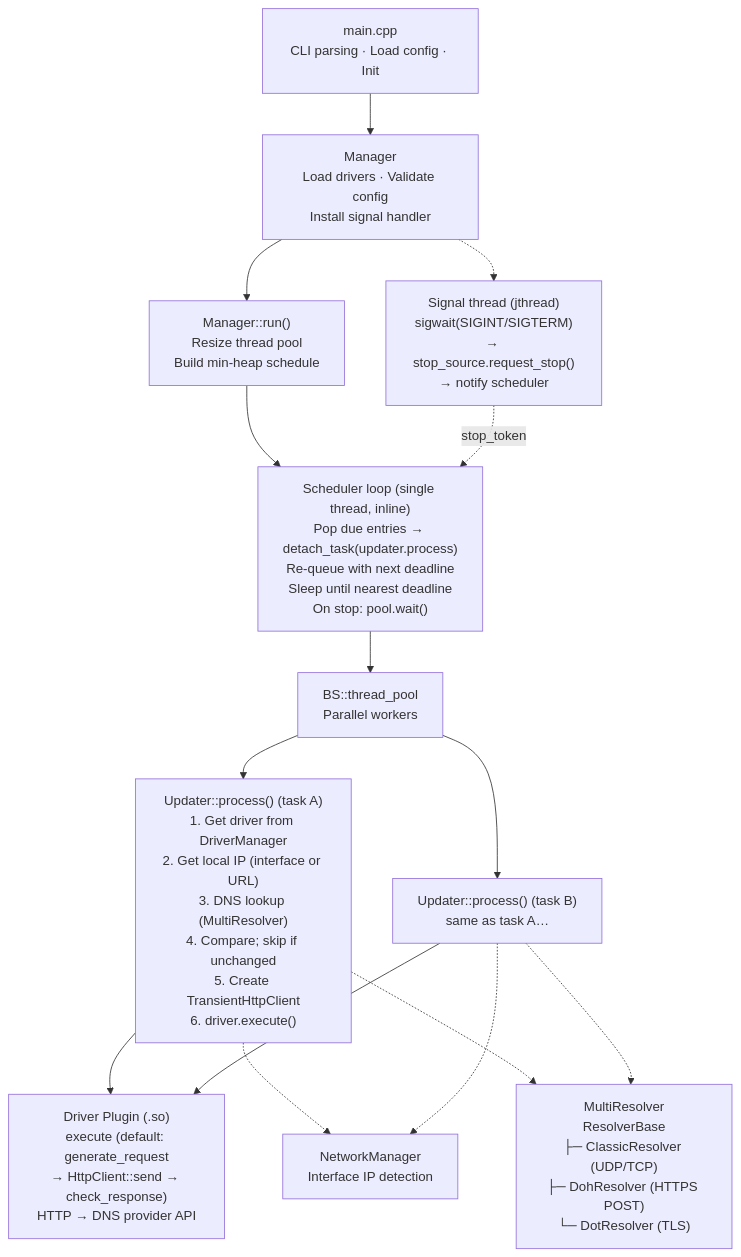
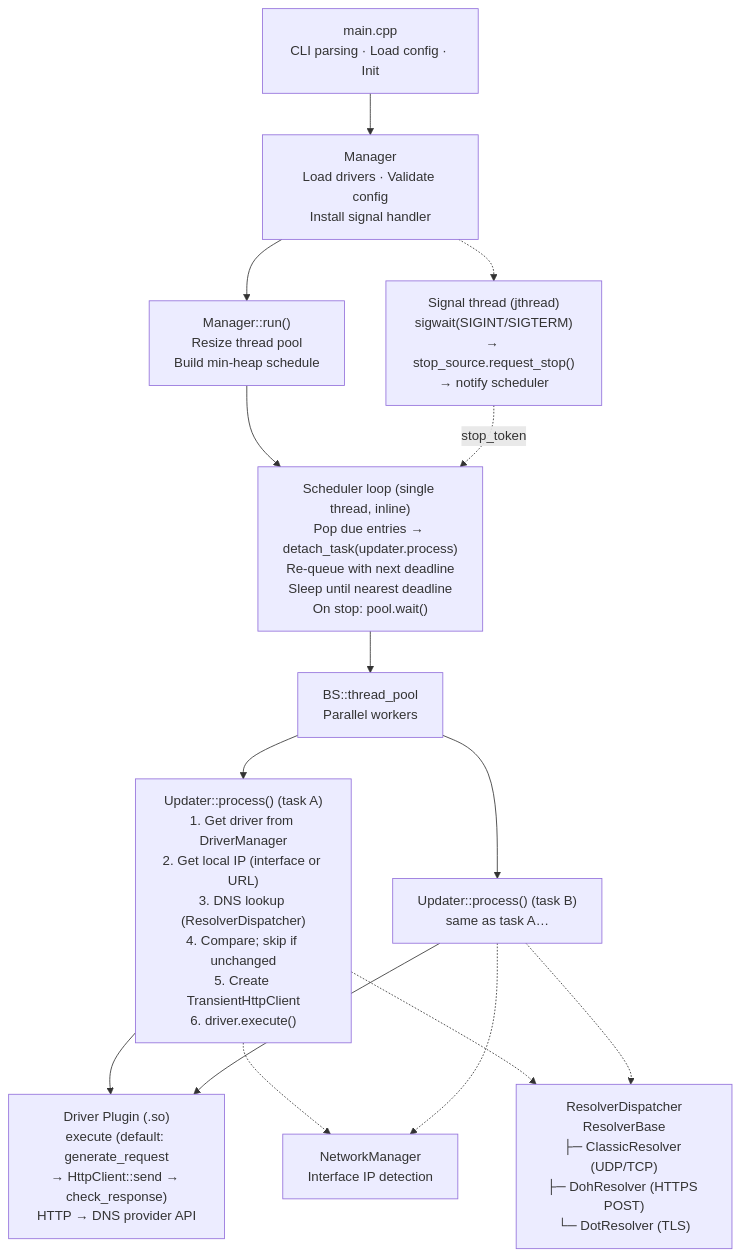
The diagram in README.md (CyberKoo/yaddnsc), drawn with Mermaid before and after one commit. The commit also changed other lines of this file and 19 other files, not shown here.

First line of the commit message:
Refactor: rename MultiResolver to ResolverDispatcher

````diff
--- a/README.md
+++ b/README.md
@@ -27,57 +27,57 @@
 ```mermaid
 flowchart TB
     main["main.cpp
 CLI parsing · Load config · Init"]
     mgr["Manager
 Load drivers · Validate config
 Install signal handler"]
     run["Manager::run()
 Resize thread pool
 Build min-heap schedule"]
     sched["Scheduler loop (single thread, inline)
 Pop due entries → detach_task(updater.process)
 Re-queue with next deadline
 Sleep until nearest deadline
 On stop: pool.wait()"]
     signal["Signal thread (jthread)
 sigwait(SIGINT/SIGTERM)
 → stop_source.request_stop()
 → notify scheduler"]
     pool["BS::thread_pool
 Parallel workers"]
     updaterA["Updater::process() (task A)
 1. Get driver from DriverManager
 2. Get local IP (interface or URL)
-3. DNS lookup (MultiResolver)
+3. DNS lookup (ResolverDispatcher)
 4. Compare; skip if unchanged
 5. Create TransientHttpClient
 6. driver.execute()"]
     updaterB["Updater::process() (task B)
 same as task A…"]
     driver["Driver Plugin (.so)
 execute (default: generate_request
 → HttpClient::send → check_response)
 HTTP → DNS provider API"]
     net["NetworkManager
 Interface IP detection"]
-    dns["MultiResolver
+    dns["ResolverDispatcher
 ResolverBase
 ├─ ClassicResolver (UDP/TCP)
 ├─ DohResolver (HTTPS POST)
 └─ DotResolver (TLS)"]
 
     main --> mgr
     mgr --> run
     run --> sched
     mgr -.-> signal
     signal -.->|stop_token| sched
     sched --> pool
     pool --> updaterA
     pool --> updaterB
     updaterA --> driver
     updaterB --> driver
     updaterA -.-> net
     updaterB -.-> net
     updaterA -.-> dns
     updaterB -.-> dns
 ```
````
